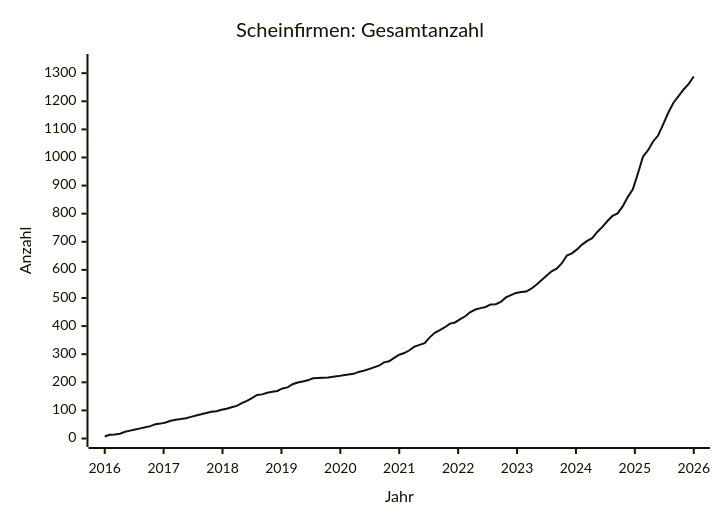
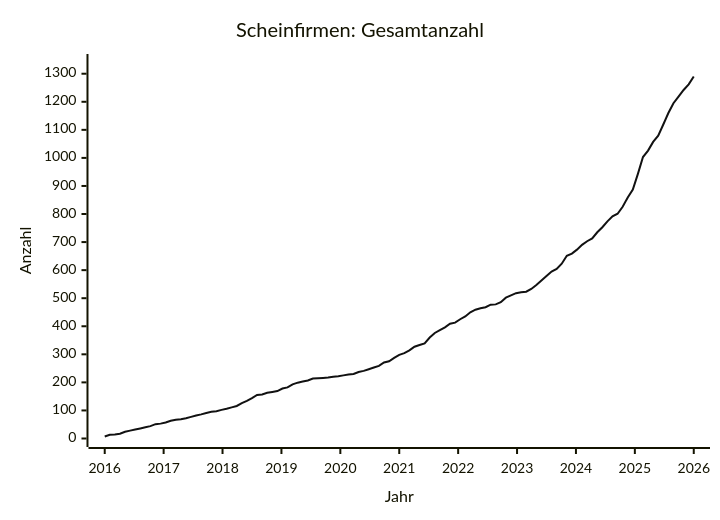
One commit to arjoma/scheinfirmen-at changed the diagram in data/STATS.md. Above: the diagram before and after it, drawn with Mermaid. The commit also changed other lines of this file and 3 other files, not shown here.

````diff
--- a/data/STATS.md
+++ b/data/STATS.md
@@ -9,13 +9,13 @@
 ```mermaid
 ---
 config:
   themeVariables:
     xyChart:
       plotColorPalette: "#111111"
 ---
 xychart-beta
     title "Scheinfirmen: Gesamtanzahl"
     x-axis "Jahr" 2016 --> 2026
-    y-axis "Anzahl" 0 --> 1338
-    line [7, 13, 14, 17, 24, 28, 32, 36, 40, 44, 51, 53, 57, 63, 67, 69, 72, 77, 82, 86, 91, 95, 97, 102, 106, 111, 116, 126, 134, 144, 155, 157, 163, 166, 169, 178, 182, 193, 199, 203, 207, 214, 215, 216, 217, 220, 222, 225, 228, 230, 237, 241, 247, 253, 259, 271, 275, 287, 298, 304, 314, 327, 333, 339, 360, 376, 386, 396, 409, 413, 425, 435, 450, 459, 464, 468, 477, 478, 486, 502, 510, 518, 521, 523, 533, 547, 563, 579, 595, 604, 623, 651, 659, 673, 690, 703, 713, 735, 753, 774, 792, 801, 826, 859, 887, 943, 1003, 1026, 1057, 1079, 1119, 1160, 1195, 1218, 1242, 1262, 1288]
+    y-axis "Anzahl" 0 --> 1340
+    line [7, 13, 14, 17, 24, 28, 32, 36, 40, 44, 51, 53, 57, 63, 67, 69, 72, 77, 82, 86, 91, 95, 97, 102, 106, 111, 116, 126, 134, 144, 155, 157, 163, 166, 169, 178, 182, 193, 199, 203, 207, 214, 215, 216, 217, 220, 222, 225, 228, 230, 237, 241, 247, 253, 259, 271, 275, 287, 298, 304, 314, 327, 333, 339, 360, 376, 386, 396, 409, 413, 425, 435, 450, 459, 464, 468, 477, 478, 486, 502, 510, 518, 521, 523, 533, 547, 563, 579, 595, 604, 623, 651, 659, 673, 690, 703, 713, 735, 753, 774, 792, 801, 826, 859, 887, 943, 1003, 1026, 1057, 1079, 1119, 1160, 1195, 1218, 1242, 1262, 1290]
 ```
````
